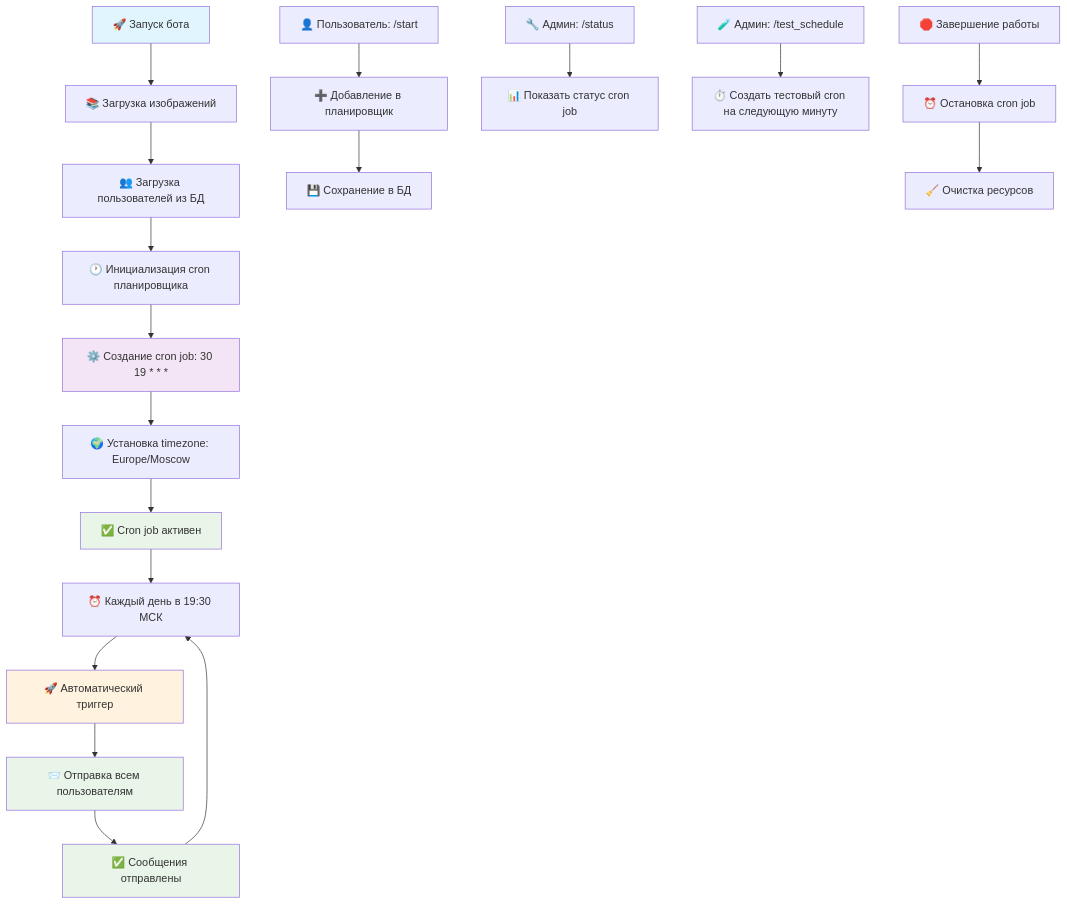
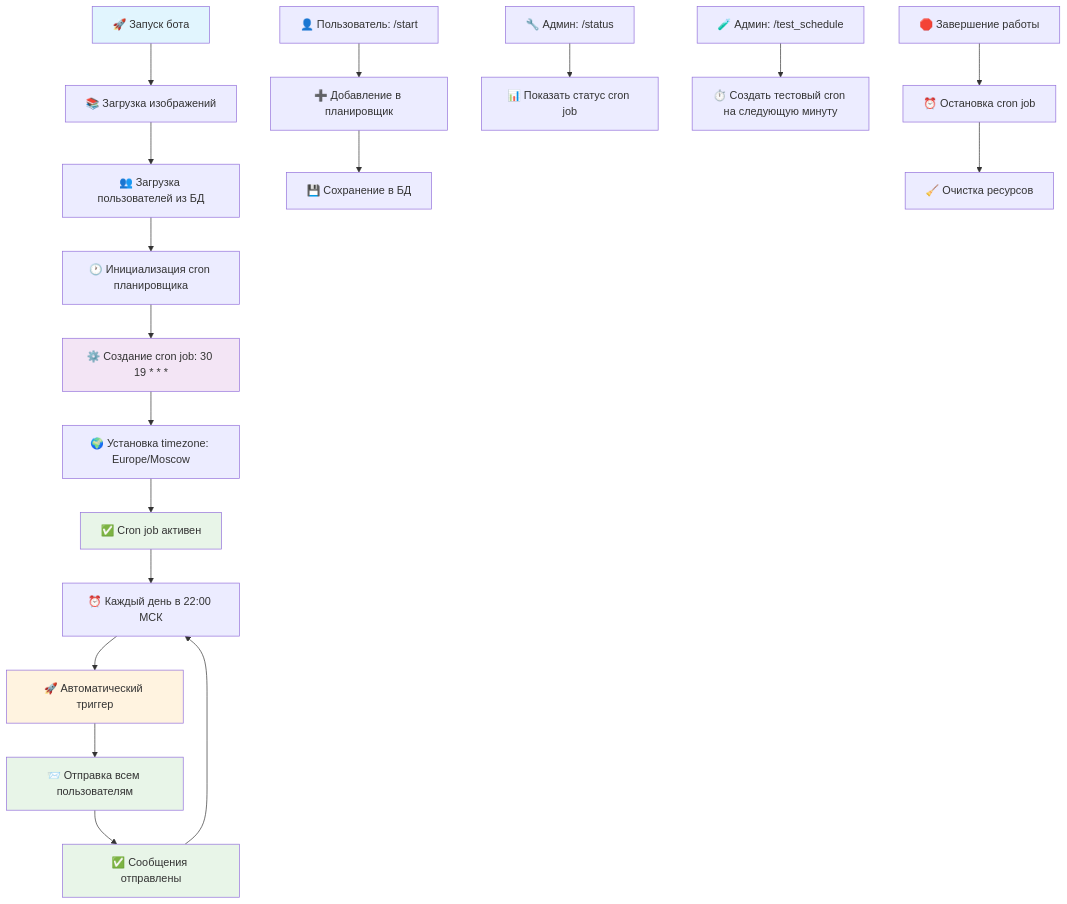
Before and after one commit to o-maan/psyfroggybot: the diagram in README.md, drawn with Mermaid. The commit also changed other lines of this file and 5 other files, not shown here.

````diff
--- a/README.md
+++ b/README.md
@@ -15,30 +15,30 @@
 ```mermaid
 graph TD
     A["🚀 Запуск бота"] --> B["📚 Загрузка изображений"]
     B --> C["👥 Загрузка пользователей из БД"]
     C --> D["🕐 Инициализация cron планировщика"]
     D --> E["⚙️ Создание cron job: 30 19 * * *"]
     E --> F["🌍 Установка timezone: Europe/Moscow"]
     F --> G["✅ Cron job активен"]
-    G --> H["⏰ Каждый день в 19:30 МСК"]
+    G --> H["⏰ Каждый день в 22:00 МСК"]
     H --> I["🚀 Автоматический триггер"]
     I --> J["📨 Отправка всем пользователям"]
     J --> K["✅ Сообщения отправлены"]
     K --> H
 
     L["👤 Пользователь: /start"] --> M["➕ Добавление в планировщик"]
     M --> N["💾 Сохранение в БД"]
 
     O["🔧 Админ: /status"] --> P["📊 Показать статус cron job"]
     Q["🧪 Админ: /test_schedule"] --> R["⏱️ Создать тестовый cron на следующую минуту"]
 
     S["🛑 Завершение работы"] --> T["⏰ Остановка cron job"]
     T --> U["🧹 Очистка ресурсов"]
 
     style A fill:#e1f5fe
     style I fill:#fff3e0
     style J fill:#e8f5e8
     style K fill:#e8f5e8
     style E fill:#f3e5f5
     style G fill:#e8f5e8
 ```
````
